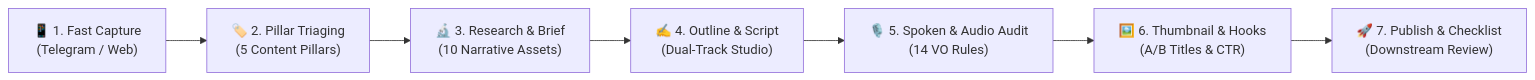
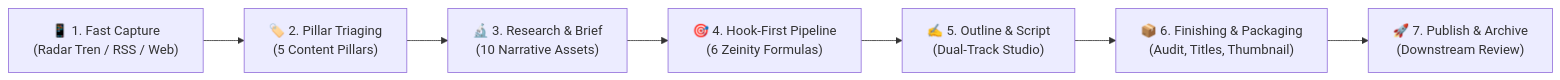
One commit to zenqyverse/zeinity-creator-assistants changed the diagram in README.md. Above: the diagram before and after it, drawn with Mermaid. The commit also changed other lines of this file and 13 other files, not shown here.

Commit message:
feat(finishing-packaging): consolidate 2-panel master-detail studio, casual audit subsession, and update documentation

````diff
--- a/README.md
+++ b/README.md
@@ -146,9 +186,9 @@
 ```mermaid
 flowchart LR
-    A["📱 1. Fast Capture<br/>(Telegram / Web)"] --> B["🏷️ 2. Pillar Triaging<br/>(5 Content Pillars)"]
+    A["📱 1. Fast Capture<br/>(Radar Tren / RSS / Web)"] --> B["🏷️ 2. Pillar Triaging<br/>(5 Content Pillars)"]
     B --> C["🔬 3. Research & Brief<br/>(10 Narrative Assets)"]
-    C --> D["✍️ 4. Outline & Script<br/>(Dual-Track Studio)"]
-    D --> E["🎙️ 5. Spoken & Audio Audit<br/>(14 VO Rules)"]
-    E --> F["🖼️ 6. Thumbnail & Hooks<br/>(A/B Titles & CTR)"]
-    F --> G["🚀 7. Publish & Checklist<br/>(Downstream Review)"]
+    C --> D["🎯 4. Hook-First Pipeline<br/>(6 Zeinity Formulas)"]
+    D --> E["✍️ 5. Outline & Script<br/>(Dual-Track Studio)"]
+    E --> F["📦 6. Finishing & Packaging<br/>(Audit, Titles, Thumbnail)"]
+    F --> G["🚀 7. Publish & Archive<br/>(Downstream Review)"]
 ```
````
